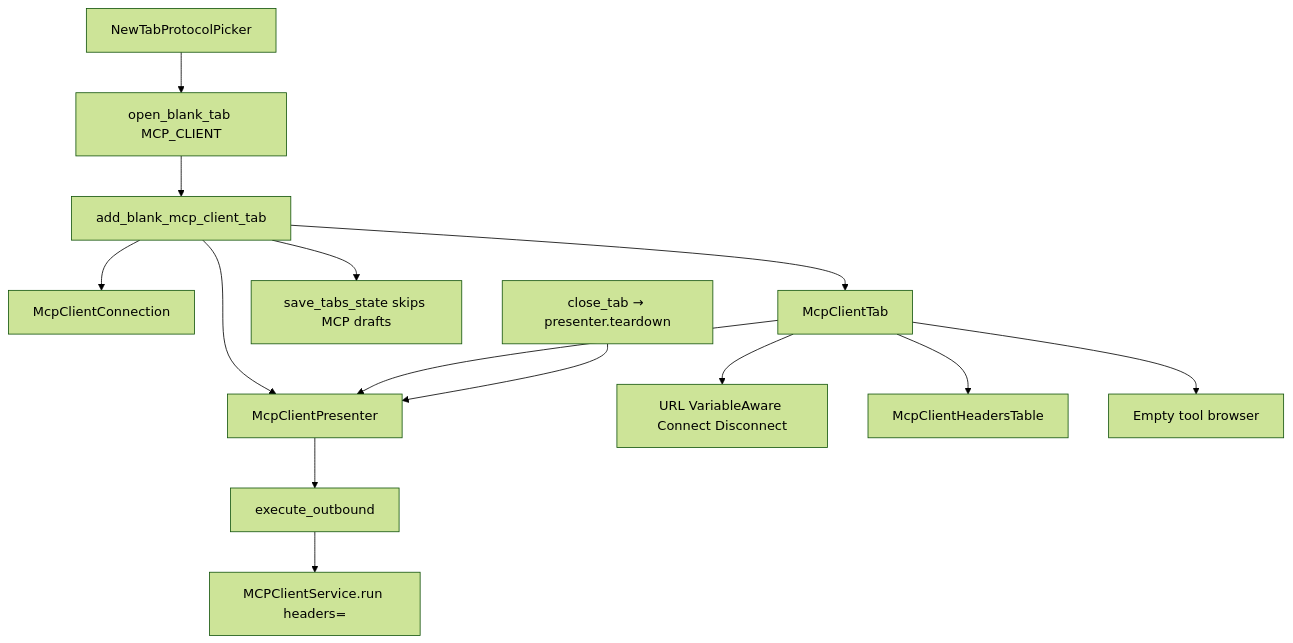
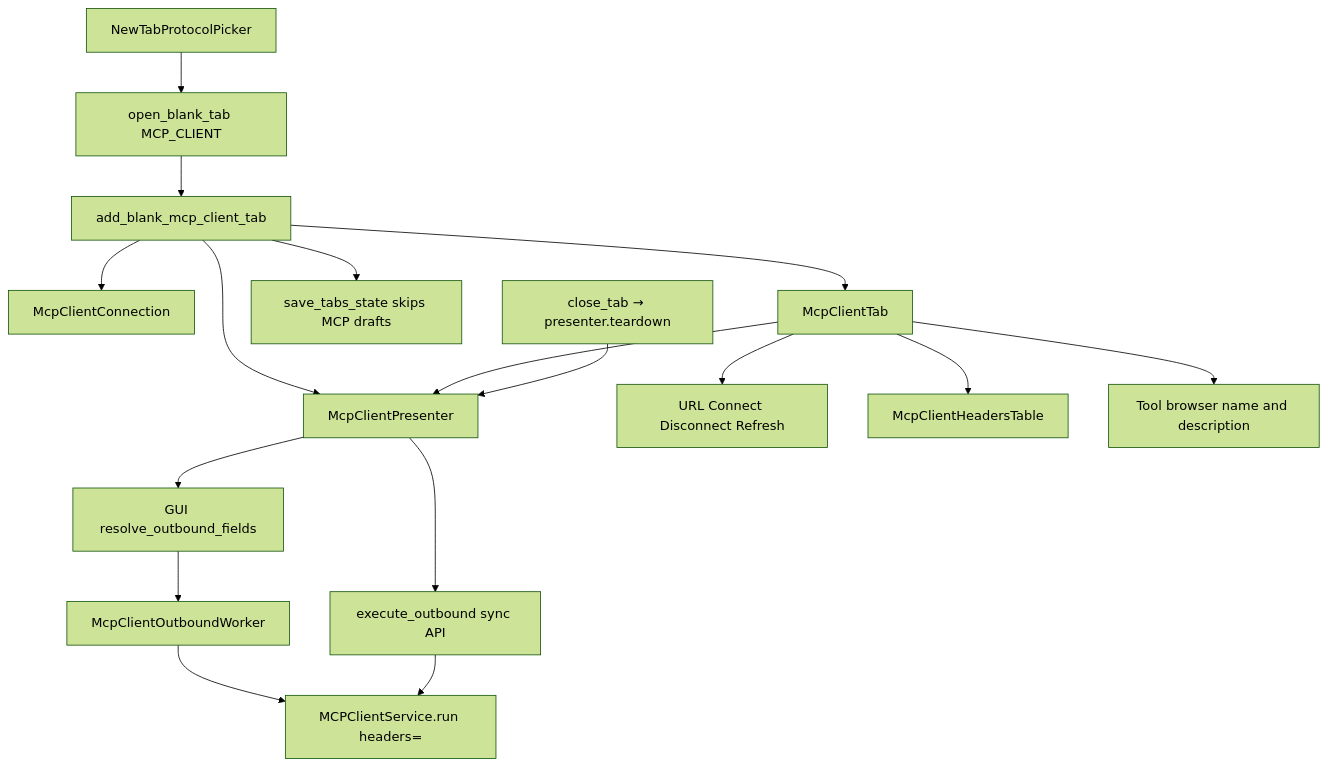
Before and after one commit to koctep/pypost: the diagram in doc/dev/mcp_client_draft_tab.md, drawn with Mermaid (forest theme). The commit also changed other lines of this file and 29 other files, not shown here.

First line of the commit message:
feature(tabs): PYPOST-1169 wire MCP Client Connect to list_tools

````diff
--- a/doc/dev/mcp_client_draft_tab.md
+++ b/doc/dev/mcp_client_draft_tab.md
@@ -60,30 +77,35 @@
 ```mermaid
 flowchart TB
     Picker["NewTabProtocolPicker"]
     OpenBlank["open_blank_tab MCP_CLIENT"]
     Factory["add_blank_mcp_client_tab"]
     Conn["McpClientConnection"]
     Pres["McpClientPresenter"]
     Tab["McpClientTab"]
-    Bar["URL VariableAware Connect Disconnect"]
+    Bar["URL Connect Disconnect Refresh"]
     Hdr["McpClientHeadersTable"]
-    Tools["Empty tool browser"]
+    Tools["Tool browser name and description"]
     Save["save_tabs_state skips MCP drafts"]
     Close["close_tab → presenter.teardown"]
-    Exec["execute_outbound"]
+    Resolve["GUI resolve_outbound_fields"]
+    Worker["McpClientOutboundWorker"]
     Svc["MCPClientService.run headers="]
+    Exec["execute_outbound sync API"]
 
     Picker --> OpenBlank
     OpenBlank --> Factory
     Factory --> Conn
     Factory --> Pres
     Factory --> Tab
     Tab --> Bar
     Tab --> Hdr
     Tab --> Tools
     Tab --> Pres
     Factory --> Save
     Close --> Pres
+    Pres --> Resolve
+    Resolve --> Worker
+    Worker --> Svc
     Pres --> Exec
     Exec --> Svc
 ```
````
